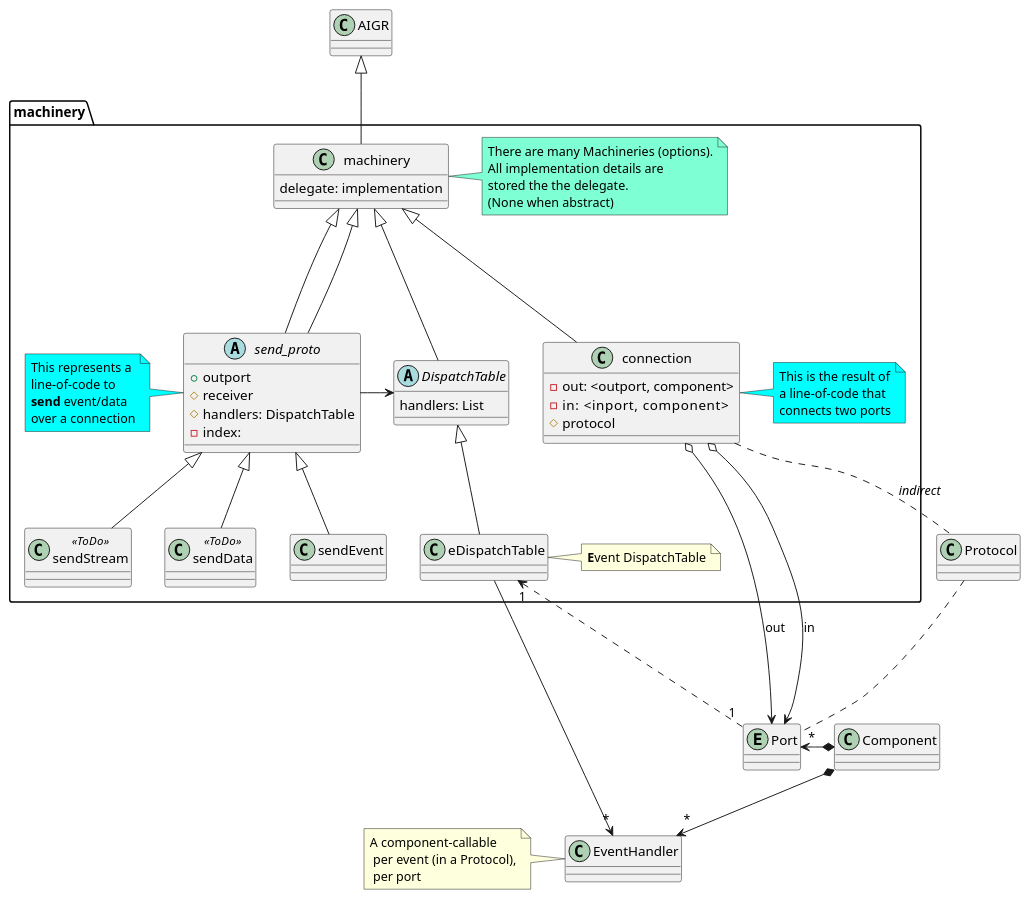
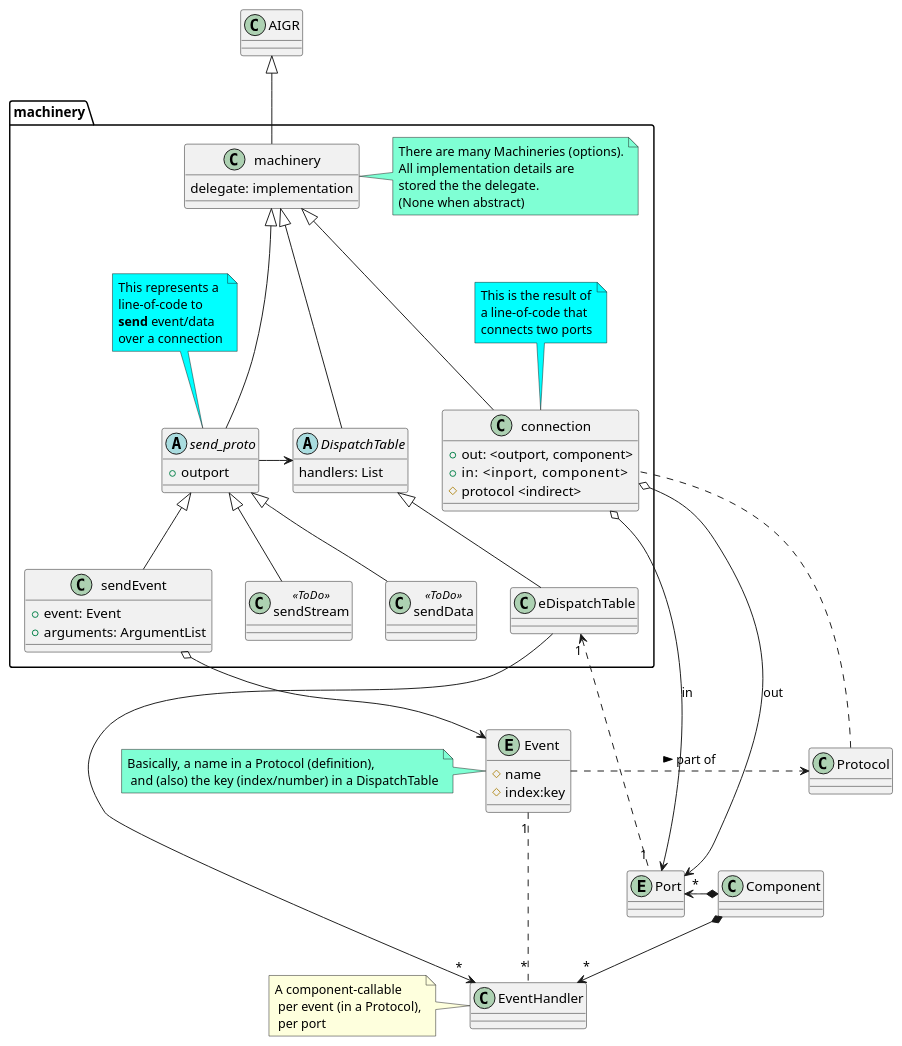
The diagram in CCastle/DocParts/Design/50.notes/240408-aigr-machinery.rst (AlbertMietus/DocIdeas.hg), drawn with PlantUML before and after one commit.

Commit message:
aigr-nodes for machinery... updated

```diff
--- a/CCastle/DocParts/Design/50.notes/240408-aigr-machinery.rst
+++ b/CCastle/DocParts/Design/50.notes/240408-aigr-machinery.rst
@@ -18,47 +18,45 @@
       (None when abstract)
    endnote
 
+   abstract send_proto {
+     + outport
+   }
+   note top #aqua
+      This represents a
+      line-of-code to
+      **send** event/data
+      over a connection
+   end note
+
+   class sendStream <<ToDo>> {}
+   class sendData  <<ToDo>> {}
+   class sendEvent {
+     + event: Event
+     + arguments: ArgumentList
+   }
+   send_proto  <|-- sendStream
+   send_proto  <|-- sendData
+   send_proto  <|-- sendEvent
 
    abstract DispatchTable {
      handlers: List
    }
    DispatchTable <|-- eDispatchTable
-   note right: **E**vent DispatchTable
-
-   abstract send_proto {
-     + outport
-     # receiver
-     # handlers: DispatchTable
-     - index:
-   }
-   note left #aqua
-      This represents a
-      line-of-code to
-      **send** event/data
-      over a connection
-   end note
-   class sendStream <<ToDo>> {}
-   class sendData  <<ToDo>> {}
-   class sendEvent {}
-   send_proto  <|-- sendStream
-   send_proto  <|-- sendData
-   send_proto  <|-- sendEvent
 
    send_proto -> DispatchTable
 
    class connection {
-     - out: <outport, component>
-     - in:    <inport,  component>
-     # protocol
+     + out: <outport, component>
+     + in:    <inport,  component>
+     # protocol <indirect>
    }
-   note right #aqua
+   note top #aqua
      This is the result of
      a line-of-code that
      connects two ports
    endnote
    M <|--- send_proto
    M <|--- connection
-   M <|--- send_proto
    M <|--- DispatchTable
 
    }
@@ -74,12 +72,23 @@
 
    connection  o->  Port: out
    connection  o->  Port: in
-   connection  ..   Protocol : //indirect//
-   Protocol    ..   Port
+
+   'Port  <-* Protocol  : uses
    Port "*" <-* Component
 
    eDispatchTable      ->    "*"  EventHandler
    eDispatchTable  "1" <...  "1"  Port
    Component           *-->  "*" EventHandler
 
+   Entity Event {
+     # name
+     # index:key
+   }
+   note left #aquamarine: Basically, a name in a Protocol (definition),\n and (also) the key (index/number) in a DispatchTable
+   sendEvent o--> Event
+
+   Event "1".. "*" EventHandler
+   Event .> Protocol: > part of
+   Protocol ... connection
+
    @enduml
```
